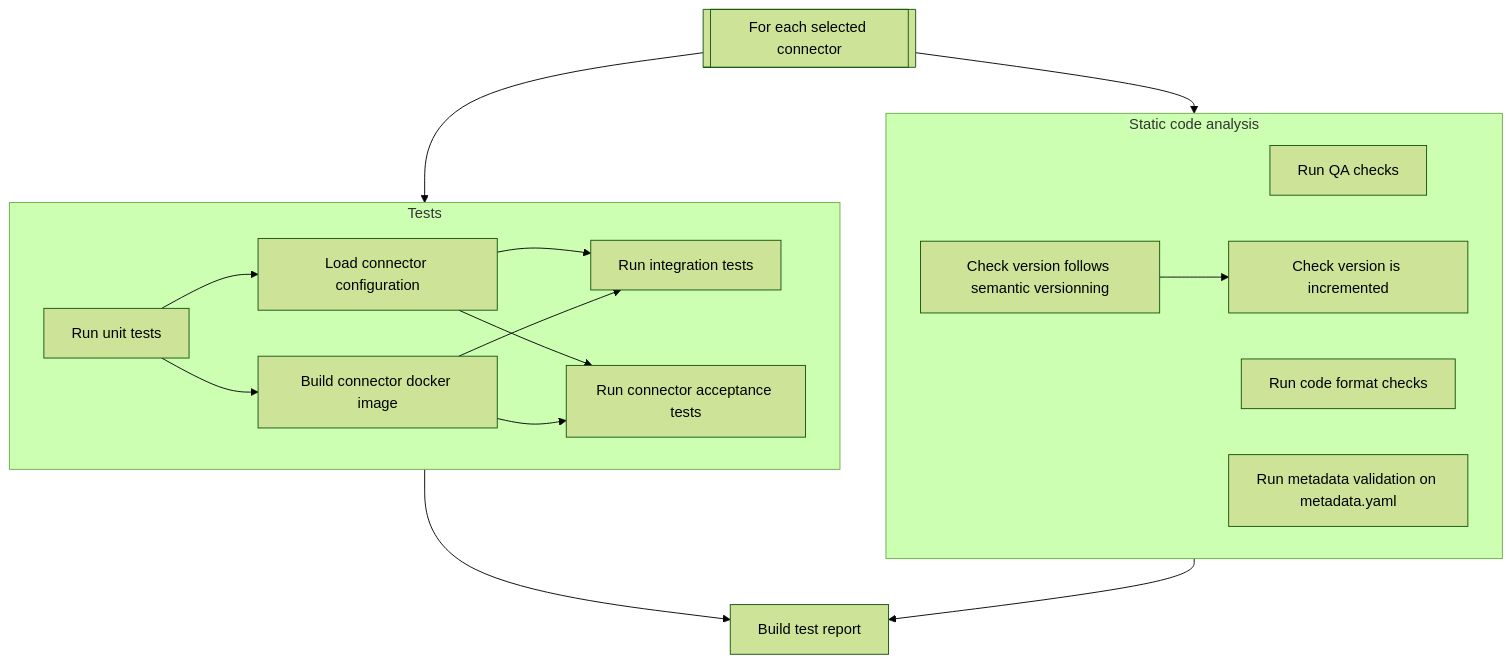
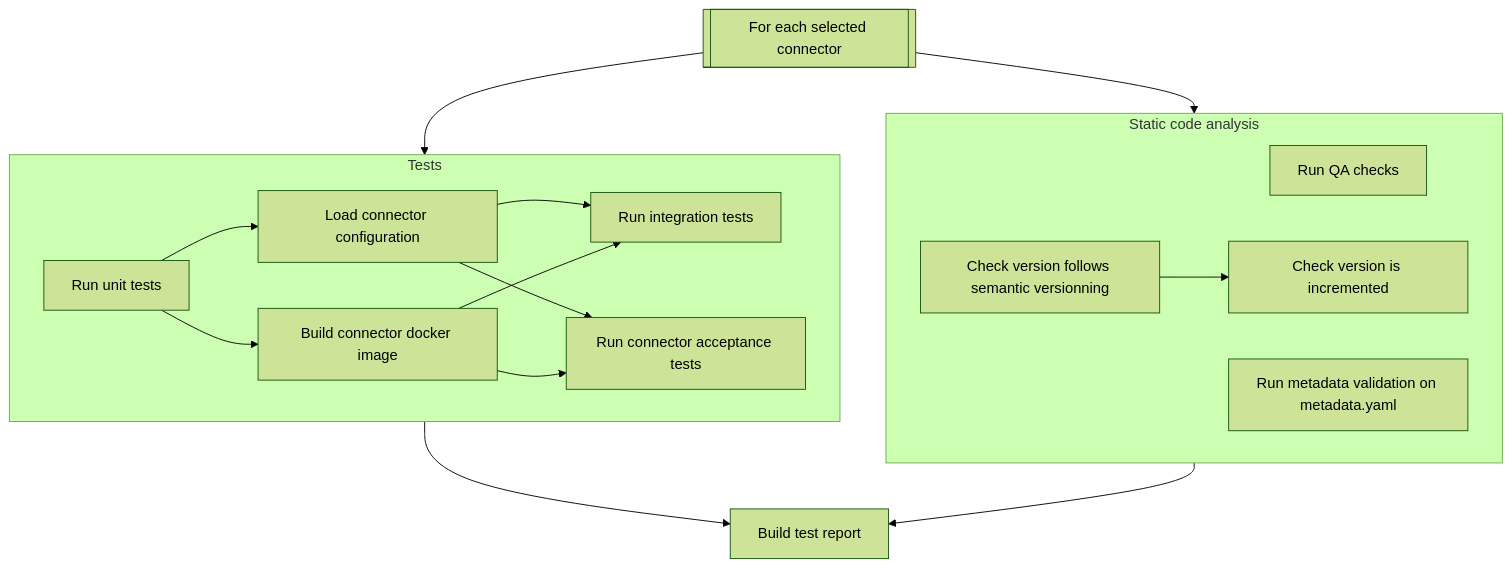
Before and after one commit to airbytehq/airbyte: the first of 5 diagrams in airbyte-ci/connectors/pipelines/README.md, drawn with Mermaid (forest theme). The commit also changed other lines of this file and 2 other files, not shown here.

Commit message:
remove code formatting checks from connector test

````diff
--- a/airbyte-ci/connectors/pipelines/README.md
+++ b/airbyte-ci/connectors/pipelines/README.md
@@ -203,31 +203,30 @@
 ```mermaid
 flowchart TD
     entrypoint[[For each selected connector]]
     subgraph static ["Static code analysis"]
       qa[Run QA checks]
-      fmt[Run code format checks]
       sem["Check version follows semantic versionning"]
       incr["Check version is incremented"]
       metadata_validation["Run metadata validation on metadata.yaml"]
       sem --> incr
     end
     subgraph tests ["Tests"]
         build[Build connector docker image]
         unit[Run unit tests]
         integration[Run integration tests]
         cat[Run connector acceptance tests]
         secret[Load connector configuration]
 
         unit-->secret
         unit-->build
         secret-->integration
         secret-->cat
         build-->integration
         build-->cat
     end
     entrypoint-->static
     entrypoint-->tests
     report["Build test report"]
     tests-->report
     static-->report
 ```
````
